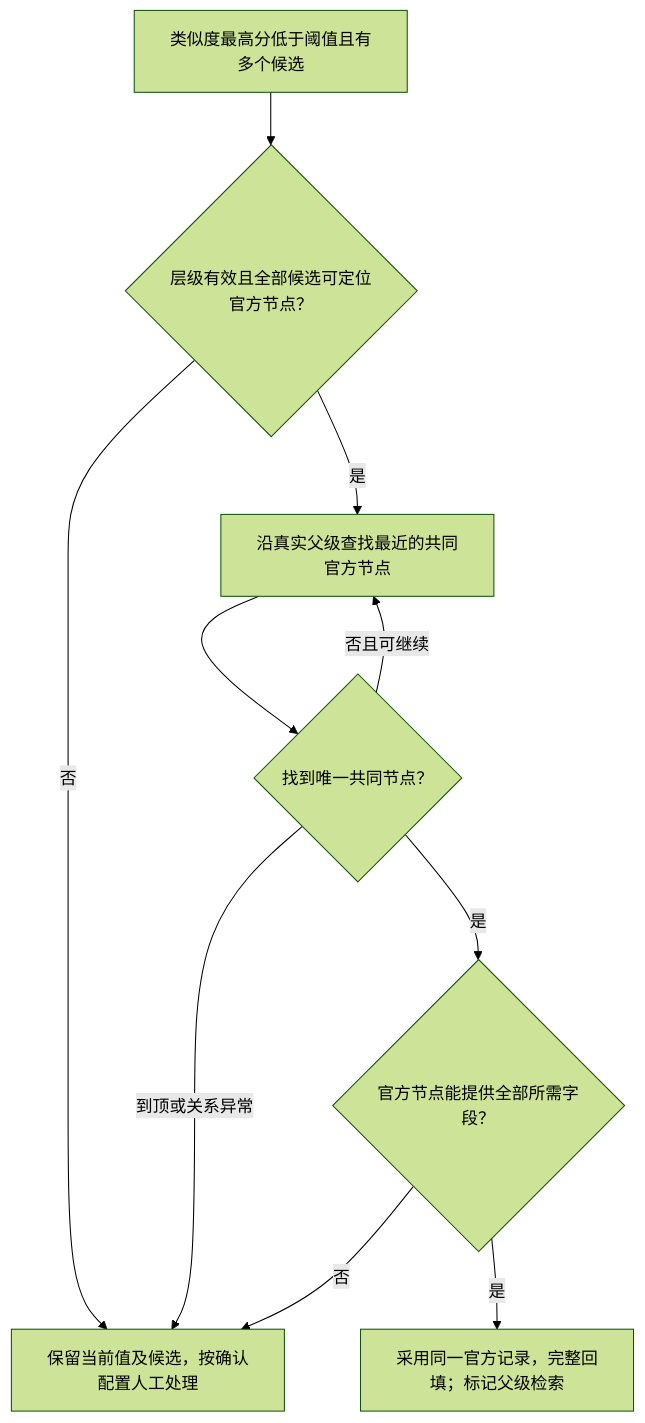
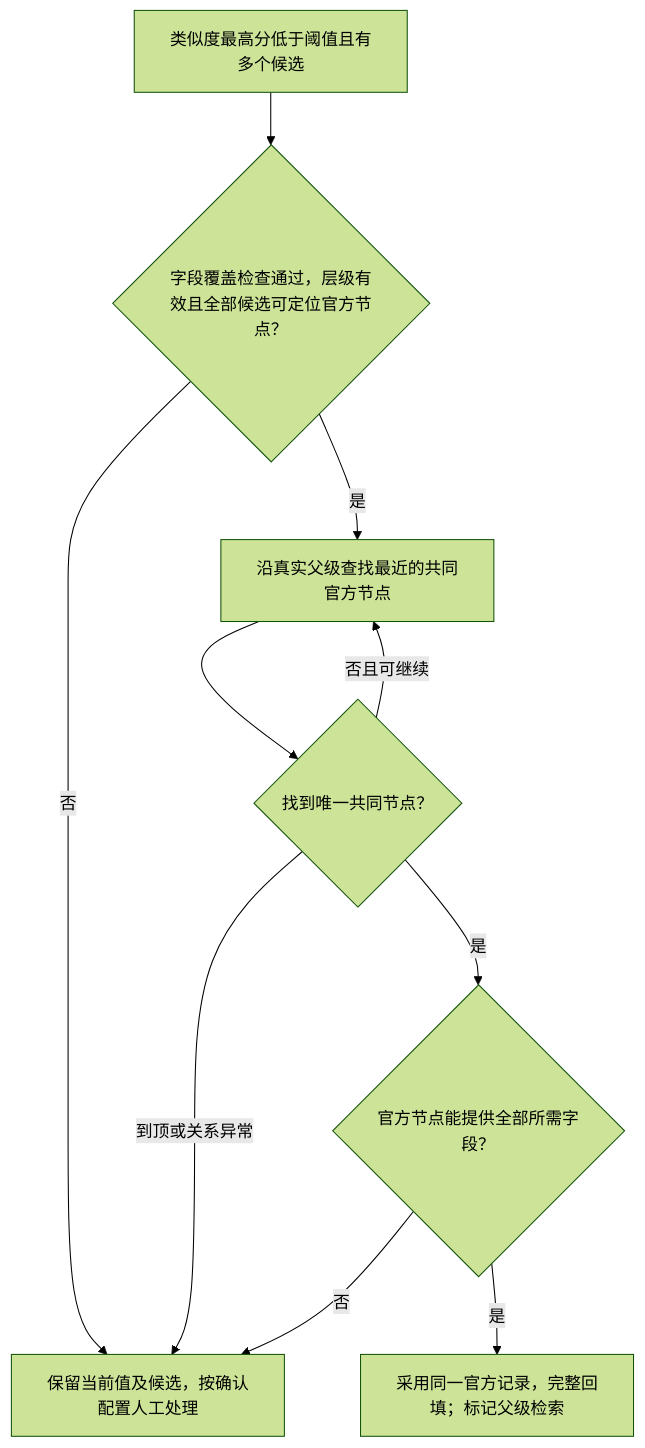
Before and after one commit to aruirage/IDP-Ph3-Demo-PRD: the sixth of 6 diagrams in PRD.zh-CN.md, drawn with Mermaid (forest theme). The commit also changed other lines of this file and 4 other files, not shown here.

````diff
--- a/PRD.zh-CN.md
+++ b/PRD.zh-CN.md
@@ -603,12 +603,12 @@
 ```mermaid
 flowchart TD
-    SP0["类似度最高分低于阈值且有多个候选"] --> SP1{"层级有效且全部候选可定位官方节点？"}
+    SP0["类似度最高分低于阈值且有多个候选"] --> SP1{"字段覆盖检查通过，层级有效且全部候选可定位官方节点？"}
     SP1 -->|否| SPM["保留当前值及候选，按确认配置人工处理"]
     SP1 -->|是| SP2["沿真实父级查找最近的共同官方节点"]
     SP2 --> SP3{"找到唯一共同节点？"}
     SP3 -->|否且可继续| SP2
     SP3 -->|到顶或关系异常| SPM
     SP3 -->|是| SP4{"官方节点能提供全部所需字段？"}
     SP4 -->|否| SPM
     SP4 -->|是| SP5["采用同一官方记录，完整回填；标记父级检索"]
 ```
````
